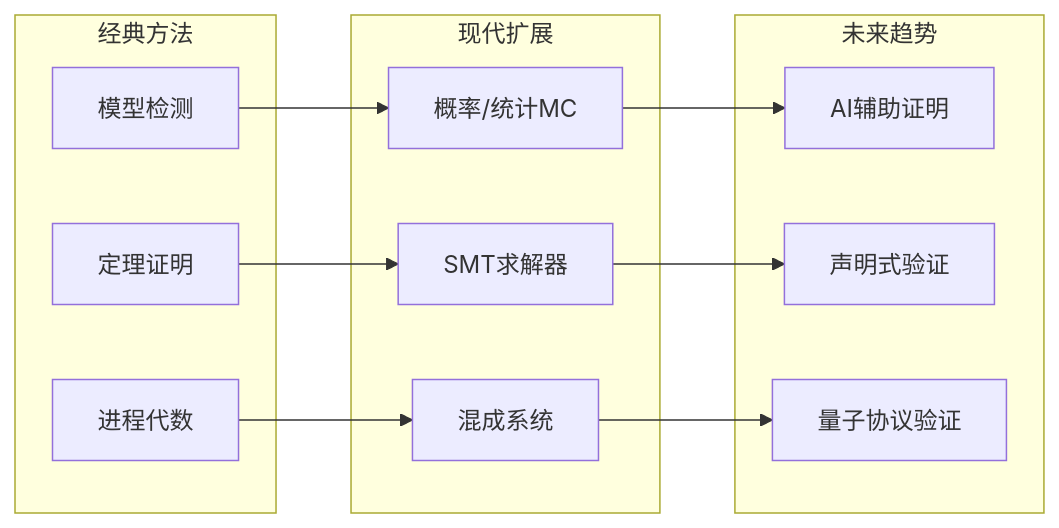
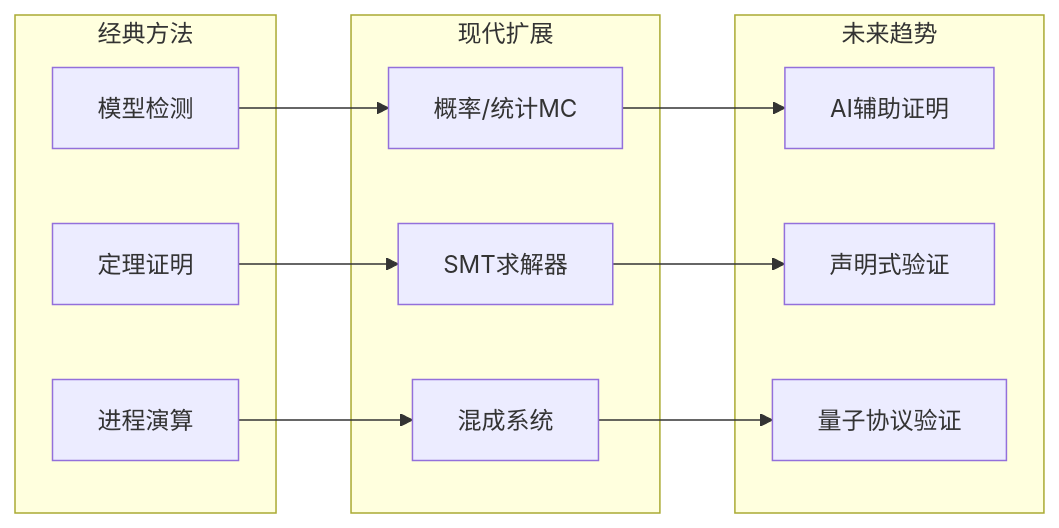
The first of 5 diagrams in formal-methods/07-future/02-future-trends.md (AdaMartin18010/AnalysisDataFlow), drawn with Mermaid before and after one commit. The commit also changed other lines of this file and 129 other files, not shown here.

````diff
--- a/formal-methods/07-future/02-future-trends.md
+++ b/formal-methods/07-future/02-future-trends.md
@@ -86,24 +86,24 @@
 ```mermaid
 graph LR
     subgraph "经典方法"
         C1[模型检测]
         C2[定理证明]
-        C3[进程代数]
+        C3[进程演算]
     end
 
     subgraph "现代扩展"
         M1[概率/统计MC]
         M2[SMT求解器]
         M3[混成系统]
     end
 
     subgraph "未来趋势"
         F1[AI辅助证明]
         F2[声明式验证]
         F3[量子协议验证]
     end
 
     C1 --> M1 --> F1
     C2 --> M2 --> F2
     C3 --> M3 --> F3
 ```
````
